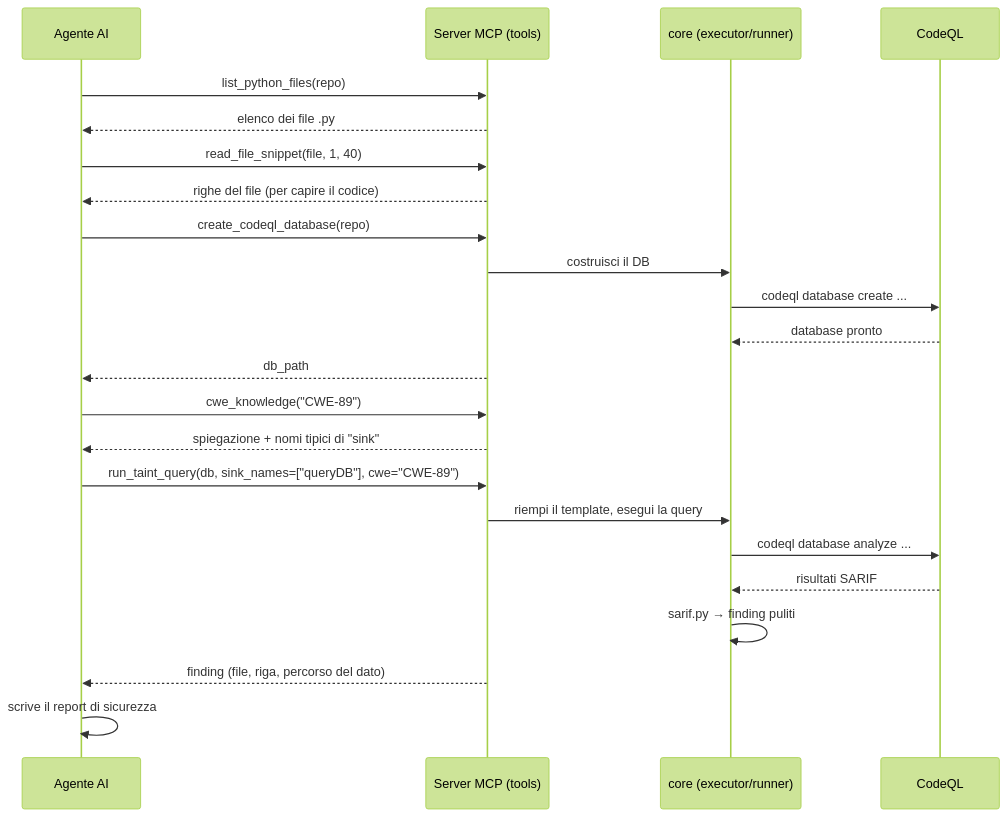
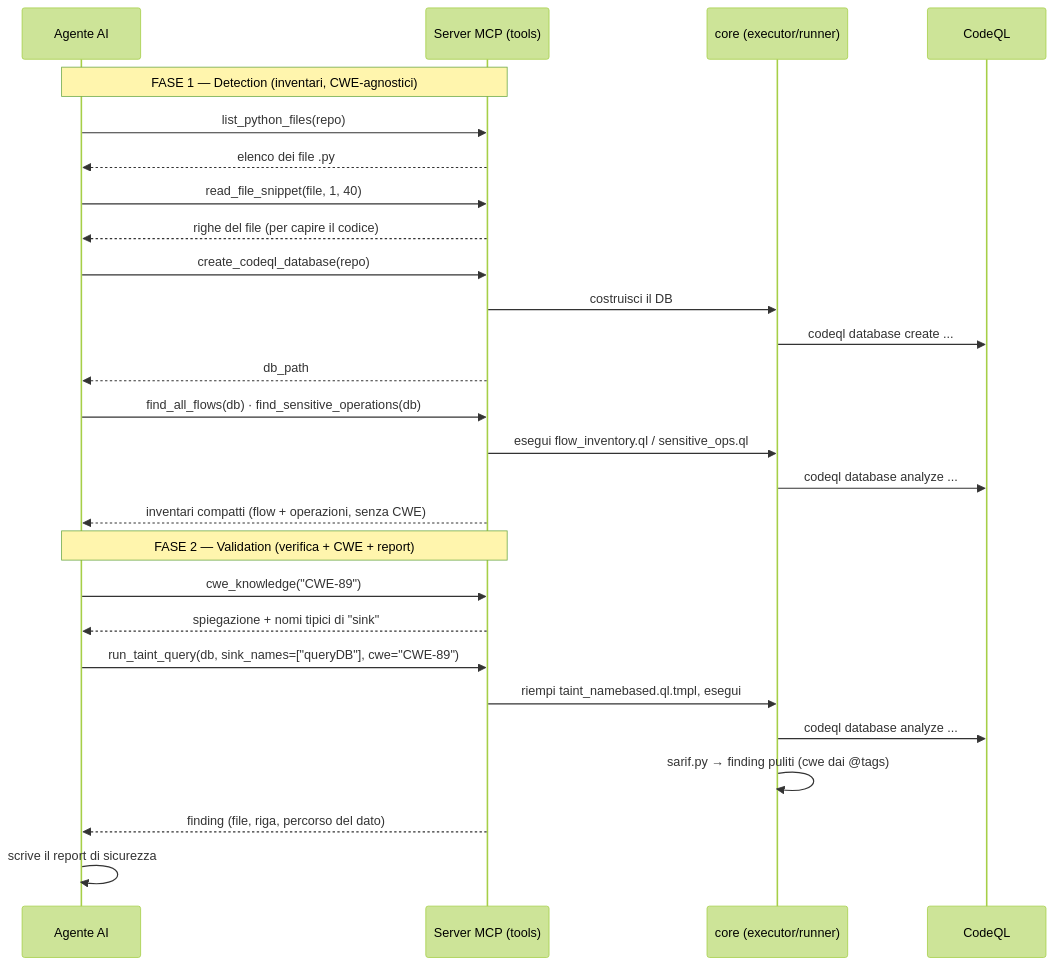
Before and after one commit to iris-cmd22/Sibyl: the tenth of 29 diagrams in documentazione/Server_MCP_Architettura.md, drawn with Mermaid (forest theme). The commit also changed other lines of this file and 35 other files, not shown here.

Commit message:
Sistemata view grafica, aggiunto query di detection anche se probabilmente devono essere sistemate con i concept (già fatto però devo testare)

````diff
--- a/documentazione/Server_MCP_Architettura.md
+++ b/documentazione/Server_MCP_Architettura.md
@@ -466,26 +495,31 @@
 ```mermaid
 sequenceDiagram
     participant AI as Agente AI
     participant S as Server MCP (tools)
     participant CORE as core (executor/runner)
     participant CQL as CodeQL
 
+    note over AI,S: FASE 1 — Detection (inventari, CWE-agnostici)
     AI->>S: list_python_files(repo)
     S-->>AI: elenco dei file .py
     AI->>S: read_file_snippet(file, 1, 40)
     S-->>AI: righe del file (per capire il codice)
     AI->>S: create_codeql_database(repo)
     S->>CORE: costruisci il DB
     CORE->>CQL: codeql database create ...
-    CQL-->>CORE: database pronto
     S-->>AI: db_path
+    AI->>S: find_all_flows(db) · find_sensitive_operations(db)
+    S->>CORE: esegui flow_inventory.ql / sensitive_ops.ql
+    CORE->>CQL: codeql database analyze ...
+    S-->>AI: inventari compatti (flow + operazioni, senza CWE)
+
+    note over AI,S: FASE 2 — Validation (verifica + CWE + report)
     AI->>S: cwe_knowledge("CWE-89")
     S-->>AI: spiegazione + nomi tipici di "sink"
     AI->>S: run_taint_query(db, sink_names=["queryDB"], cwe="CWE-89")
-    S->>CORE: riempi il template, esegui la query
+    S->>CORE: riempi taint_namebased.ql.tmpl, esegui
     CORE->>CQL: codeql database analyze ...
-    CQL-->>CORE: risultati SARIF
-    CORE->>CORE: sarif.py → finding puliti
+    CORE->>CORE: sarif.py → finding puliti (cwe dai @tags)
     S-->>AI: finding (file, riga, percorso del dato)
     AI->>AI: scrive il report di sicurezza
 ```
````
